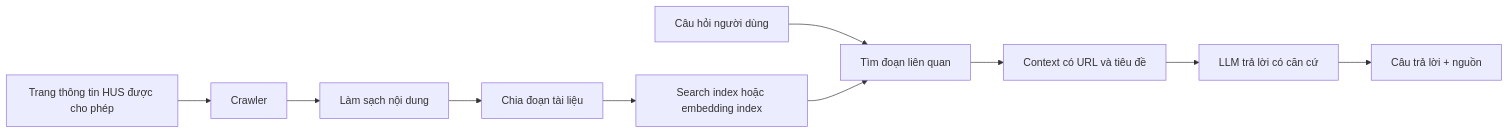
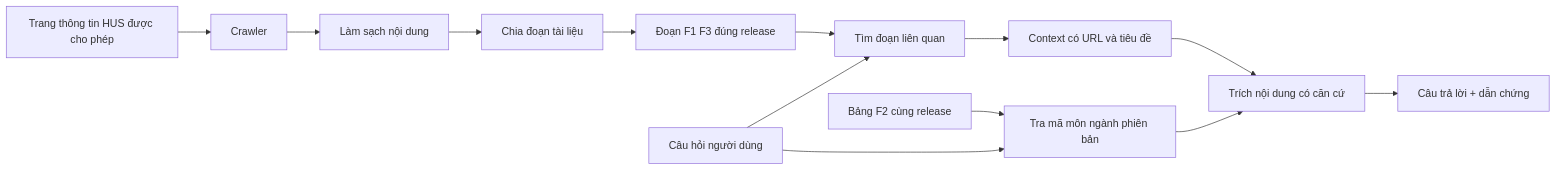
Before and after one commit to 5-Bit-System/SE_Project: the sixth of 6 diagrams in docs/SYSTEM_SPECIFICATION.md, drawn with Mermaid. The commit also changed other lines of this file and 5 other files, not shown here.

````diff
--- a/docs/SYSTEM_SPECIFICATION.md
+++ b/docs/SYSTEM_SPECIFICATION.md
@@ -508,12 +610,15 @@
 ```mermaid
 flowchart LR
     WEB[Trang thông tin HUS được cho phép] --> CRAWL[Crawler]
     CRAWL --> CLEAN[Làm sạch nội dung]
     CLEAN --> CHUNK[Chia đoạn tài liệu]
-    CHUNK --> INDEX[Search index hoặc embedding index]
+    CHUNK --> INDEX[Đoạn F1 F3 đúng release]
     Q[Câu hỏi người dùng] --> SEARCH[Tìm đoạn liên quan]
     INDEX --> SEARCH
     SEARCH --> CONTEXT[Context có URL và tiêu đề]
-    CONTEXT --> LLM[LLM trả lời có căn cứ]
-    LLM --> OUT[Câu trả lời + nguồn]
+    F2[Bảng F2 cùng release] --> LOOKUP[Tra mã môn ngành phiên bản]
+    Q --> LOOKUP
+    CONTEXT --> EXTRACT[Trích nội dung có căn cứ]
+    LOOKUP --> EXTRACT
+    EXTRACT --> OUT[Câu trả lời + dẫn chứng]
 ```
````
